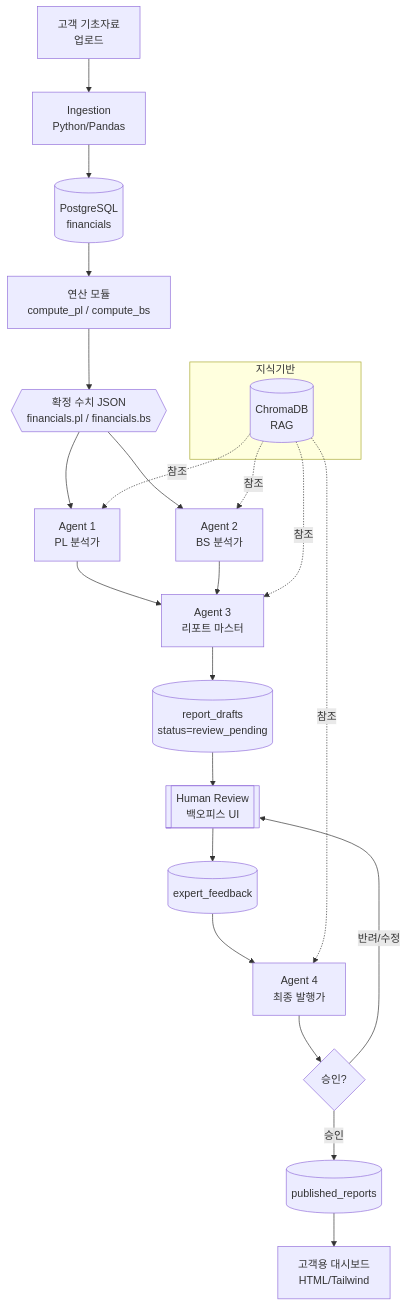
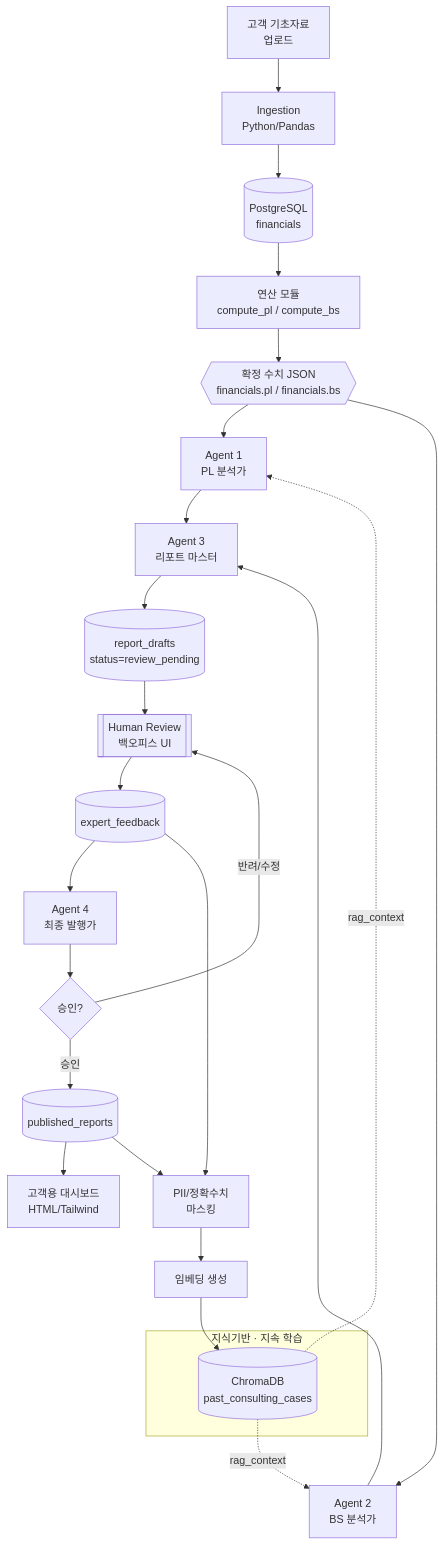
The diagram in SPEC.md (a-scene-tence/consult), drawn with Mermaid before and after one commit. The commit also changed other lines of this file and 2 other files, not shown here.

First line of the commit message:
docs: add continuous-learning (RAG feedback loop) to planning docs

````diff
--- a/SPEC.md
+++ b/SPEC.md
@@ -27,29 +27,35 @@
 ```mermaid
 flowchart TD
     A[고객 기초자료<br/>업로드] --> B[Ingestion<br/>Python/Pandas]
     B --> C[(PostgreSQL<br/>financials)]
     C --> D[연산 모듈<br/>compute_pl / compute_bs]
     D --> E{{확정 수치 JSON<br/>financials.pl / financials.bs}}
 
     E --> F[Agent 1<br/>PL 분석가]
     E --> G[Agent 2<br/>BS 분석가]
     F --> H[Agent 3<br/>리포트 마스터]
     G --> H
     H --> I[(report_drafts<br/>status=review_pending)]
 
     I --> J[[Human Review<br/>백오피스 UI]]
     J --> K[(expert_feedback)]
     K --> L[Agent 4<br/>최종 발행가]
     L --> M{승인?}
     M -- 반려/수정 --> J
     M -- 승인 --> N[(published_reports)]
     N --> O[고객용 대시보드<br/>HTML/Tailwind]
 
-    subgraph KB[지식기반]
-      R[(ChromaDB<br/>RAG)]
+    %% 역방향 피드백(지속 학습) 파이프라인 — 발행 후 비동기
+    N --> MASK[PII/정확수치<br/>마스킹]
+    K --> MASK
+    MASK --> EMB[임베딩 생성]
+    EMB --> R
+
+    subgraph KB[지식기반 · 지속 학습]
+      R[(ChromaDB<br/>past_consulting_cases)]
     end
-    R -.참조.-> F
-    R -.참조.-> G
-    R -.참조.-> H
-    R -.참조.-> L
+
+    %% 정방향 조회 — Agent 1·2 분석 시작 시 rag_context 주입
+    R -.rag_context.-> F
+    R -.rag_context.-> G
 ```
````
